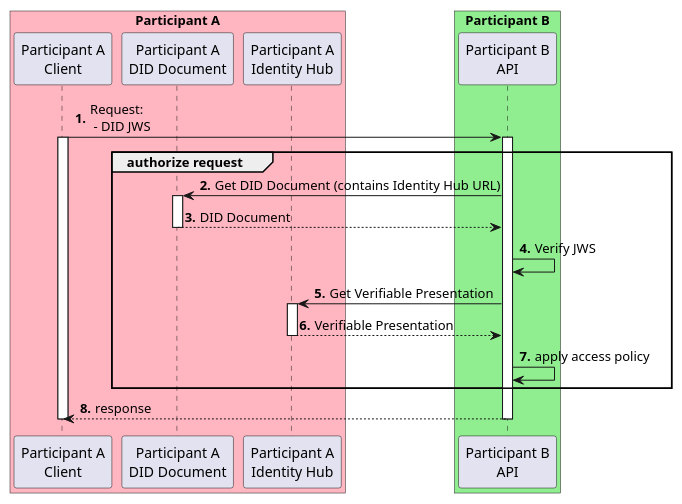
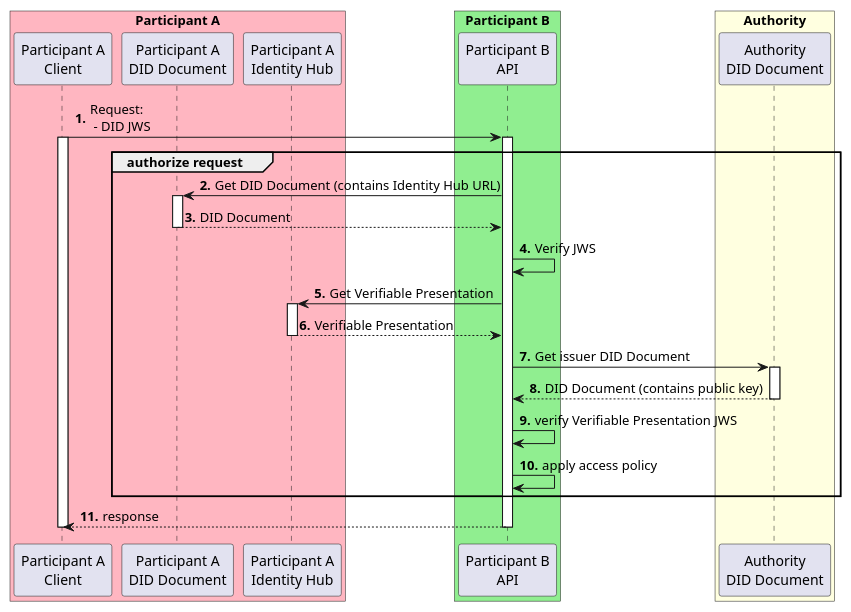
Before and after one commit to eclipse-edc/IdentityHub: the diagram in docs/developer/decision-records/2022-06-08-identity-hub/authorization.puml, drawn with PlantUML. The commit also changed 2 other files, not shown here.

Commit message:
Update authorization flow to reflect verification of VCs (#48)
* Update authorization flow to reflect verification of VCs

```diff
--- a/docs/developer/decision-records/2022-06-08-identity-hub/authorization.puml
+++ b/docs/developer/decision-records/2022-06-08-identity-hub/authorization.puml
@@ -1,25 +1,32 @@
 @startuml
 autonumber "<b>0'.'"
 box "Participant A" #LightPink
 Participant "Participant A\nClient" as ParticipantA
 Participant "Participant A\nDID Document" as DID
 Participant "Participant A\nIdentity Hub" as IDHUB
 end box
 box "Participant B" #LightGreen
 Participant "Participant B\nAPI" as B
 end box
+box "Authority" #LightYellow
+Participant "Authority\nDID Document" as DA
+end box
+
 
 ParticipantA -> B ++: Request:\n - DID JWS
 activate ParticipantA
 group authorize request
   B -> DID ++: Get DID Document (contains Identity Hub URL)
   return DID Document
   B -> B: Verify JWS
   B -> IDHUB ++: Get Verifiable Presentation
   return Verifiable Presentation
+  B -> DA ++: Get issuer DID Document
+  return DID Document (contains public key)
+  B -> B: verify Verifiable Presentation JWS
   B -> B: apply access policy
 end
 return response
 deactivate ParticipantA
 
 @enduml
```
